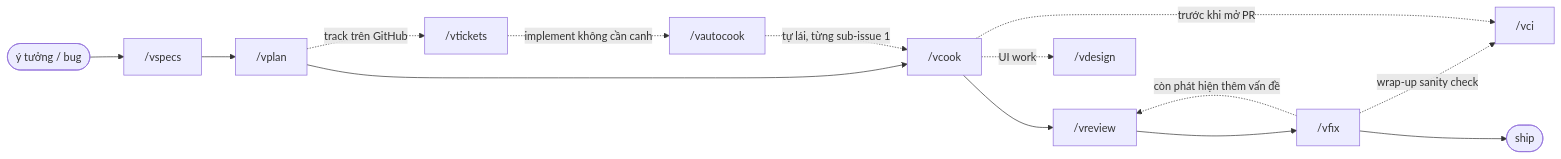
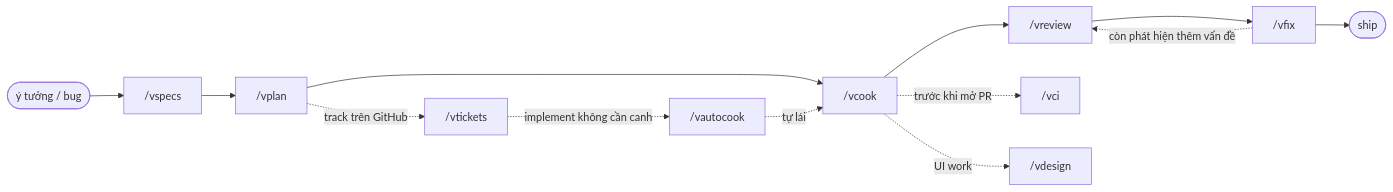
The diagram in README.vi.md (vyvu99/vskills), drawn with Mermaid before and after one commit. The commit also changed other lines of this file and 1 other file, not shown here.

````diff
--- a/README.vi.md
+++ b/README.vi.md
@@ -57,17 +58,16 @@
 ```mermaid
 flowchart LR
     idea(["ý tưởng / bug"]) --> specs["/vspecs"]
     specs --> plan["/vplan"]
     plan --> cook["/vcook"]
     cook --> review["/vreview"]
     review --> fix["/vfix"]
     fix -. còn phát hiện thêm vấn đề .-> review
-    fix -. wrap-up sanity check .-> ci["/vci"]
     fix --> ship(["ship"])
 
     plan -. track trên GitHub .-> tickets["/vtickets"]
     tickets -. implement không cần canh .-> auto["/vautocook"]
-    auto -. tự lái, từng sub-issue 1 .-> cook
-    cook -. trước khi mở PR .-> ci
+    auto -. tự lái .-> cook
+    cook -. trước khi mở PR .-> ci["/vci"]
     cook -. UI work .-> design["/vdesign"]
 ```
````
